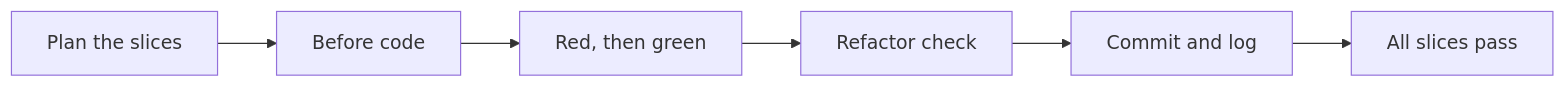
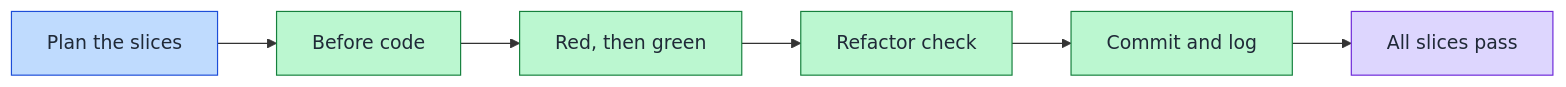
Before and after one commit to victusfate/scaffold: the diagram in docs/diagrams/pages/tdd.md, drawn with Mermaid. The commit also changed other lines of this file and 20 other files, not shown here.

First line of the commit message:
docs(diagram-explorer-md): lane colors from the diagram palette; short LLM block

````diff
--- a/docs/diagrams/pages/tdd.md
+++ b/docs/diagrams/pages/tdd.md
@@ -7,8 +7,14 @@
 ```mermaid
 flowchart LR
   n_slices["Plan the slices"] --> n_prep["Before code"]
   n_prep["Before code"] --> n_loop["Red, then green"]
   n_loop["Red, then green"] --> n_refactor["Refactor check"]
   n_refactor["Refactor check"] --> n_commit["Commit and log"]
   n_commit["Commit and log"] --> n_done["All slices pass"]
+  classDef lane0 fill:#bfdbfe,stroke:#1d4ed8,color:#1f2937
+  classDef lane1 fill:#bbf7d0,stroke:#15803d,color:#1f2937
+  classDef lane2 fill:#ddd6fe,stroke:#6d28d9,color:#1f2937
+  class n_slices lane0
+  class n_prep,n_loop,n_refactor,n_commit lane1
+  class n_done lane2
 ```
````
